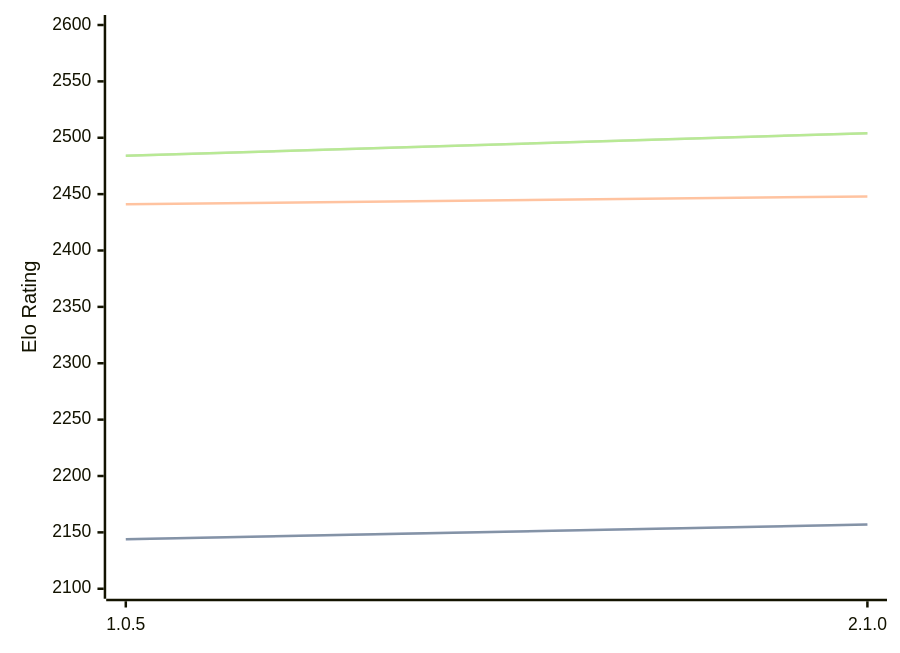
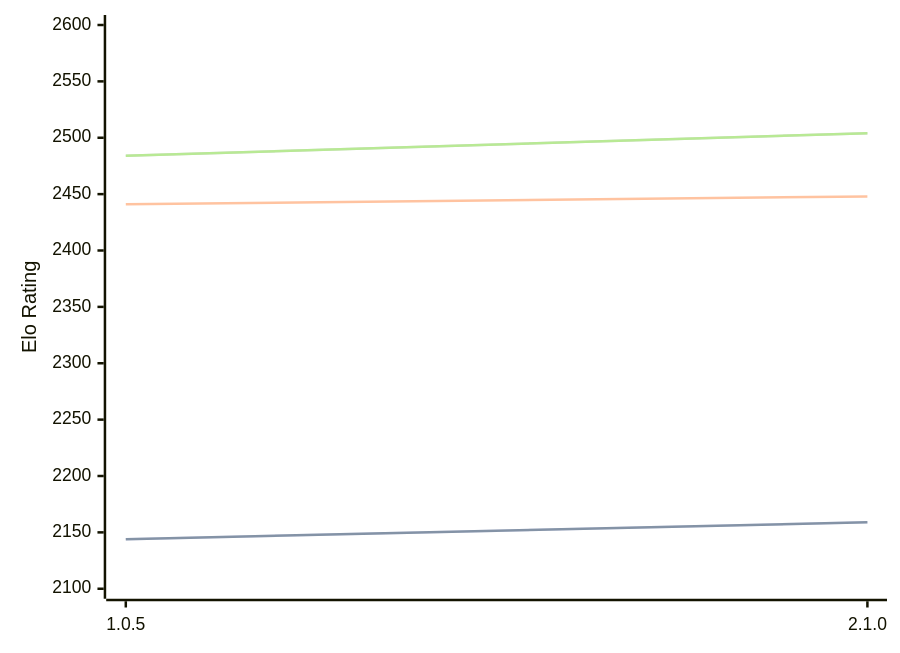
The diagram in engines/Ruffian.md (computer-chess-index/cci), drawn with Mermaid before and after one commit. The commit also changed other lines of this file, not shown here.

````diff
--- a/engines/Ruffian.md
+++ b/engines/Ruffian.md
@@ -32,11 +32,11 @@
 ```mermaid
 %%{init: {"theme":"base","themeVariables":{"seriesColors:['#a3a3a3','#222221','#faa371']}}}%%
 xychart-beta
   x-axis ["1.0.5", "2.1.0"]
   y-axis "Elo Rating" 2100 --> 2600
-  line "" [2144, 2157]
-  line "STC (8.0+0.08s)" [2144, 2157]
+  line "" [2144, 2159]
+  line "STC (8.0+0.08s)" [2144, 2159]
   line "LTC (60.0+0.60s)" [2441, 2448]
   line "" [2484, 2504]
   line "VLTC (2m24s+1.12s)" [2484, 2504]
 ```
````
